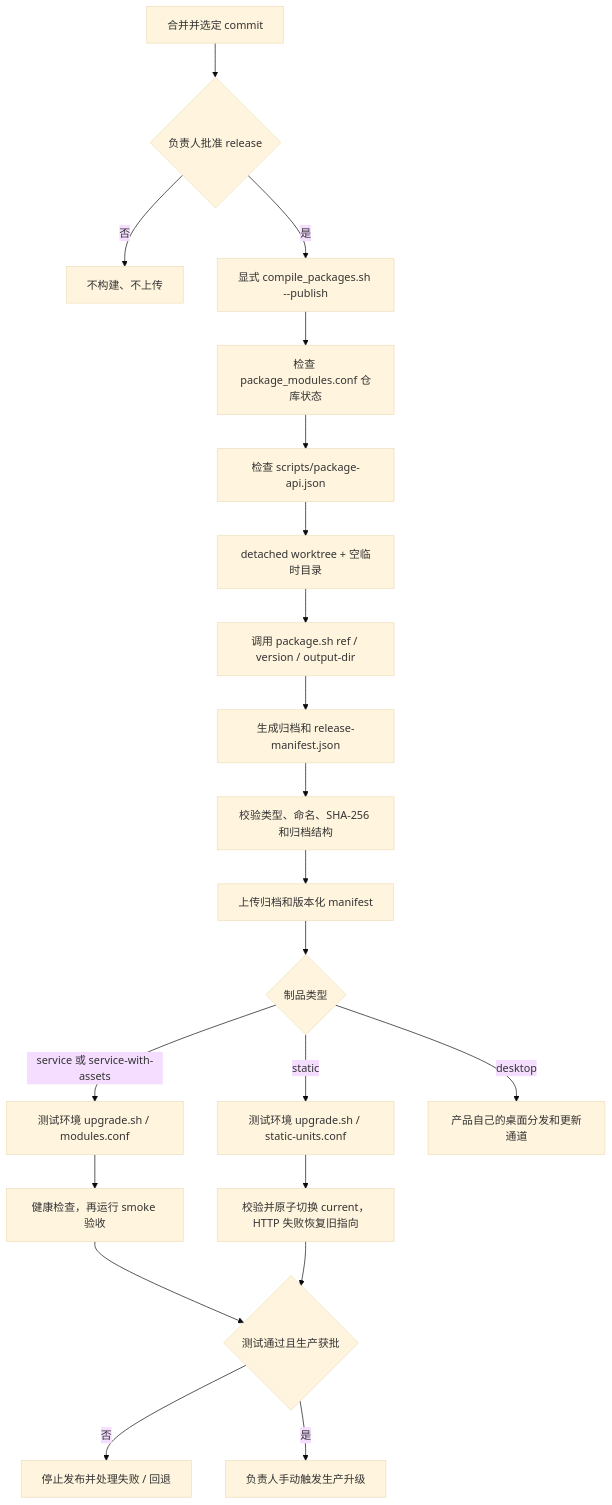
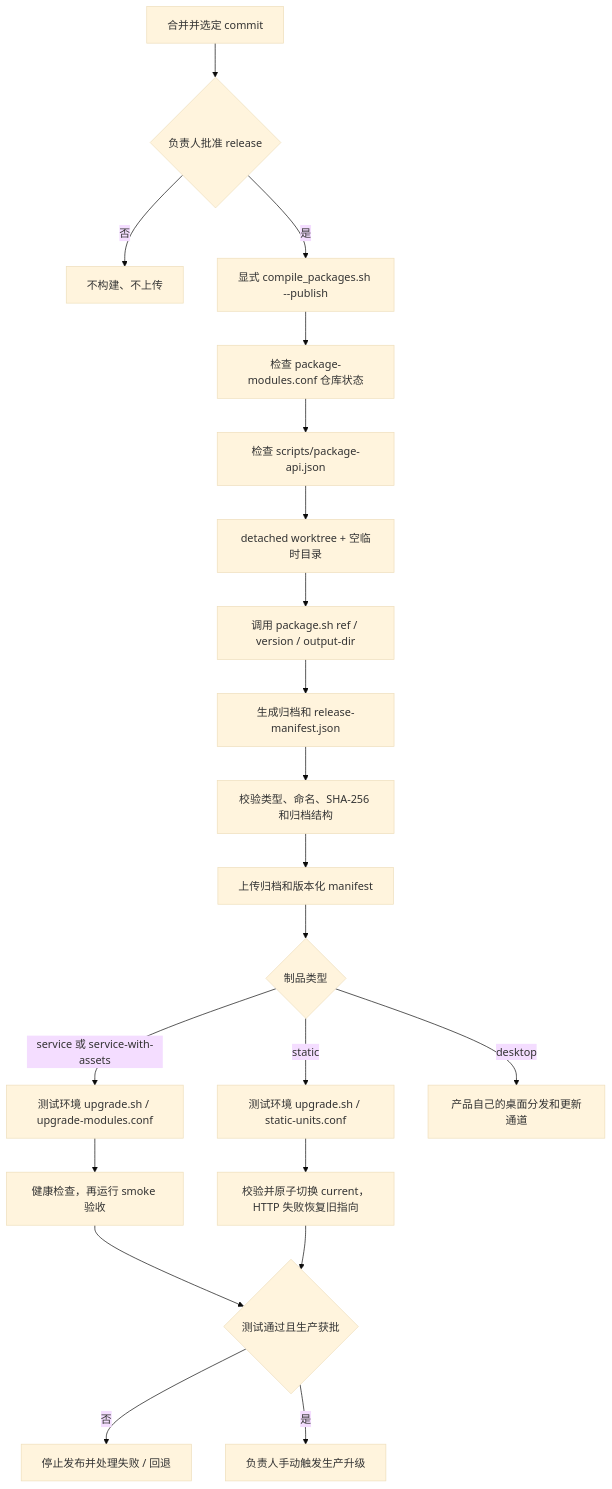
The diagram in specification/PACKAGING.md (yeying-community/deployer), drawn with Mermaid (base theme) before and after one commit. The commit also changed other lines of this file and 20 other files, not shown here.

````diff
--- a/specification/PACKAGING.md
+++ b/specification/PACKAGING.md
@@ -246,23 +246,23 @@
 ```mermaid
 flowchart TD
     A[合并并选定 commit] --> B{负责人批准 release}
     B -->|否| X[不构建、不上传]
     B -->|是| C[显式 compile_packages.sh --publish]
-    C --> D[检查 package_modules.conf 仓库状态]
+    C --> D[检查 package-modules.conf 仓库状态]
     D --> E[检查 scripts/package-api.json]
     E --> F[detached worktree + 空临时目录]
     F --> G[调用 package.sh ref / version / output-dir]
     G --> H[生成归档和 release-manifest.json]
     H --> I[校验类型、命名、SHA-256 和归档结构]
     I --> J[上传归档和版本化 manifest]
     J --> K{制品类型}
-    K -->|service 或 service-with-assets| L[测试环境 upgrade.sh / modules.conf]
+    K -->|service 或 service-with-assets| L[测试环境 upgrade.sh / upgrade-modules.conf]
     K -->|static| M[测试环境 upgrade.sh / static-units.conf]
     K -->|desktop| N[产品自己的桌面分发和更新通道]
     L --> O[健康检查，再运行 smoke 验收]
     M --> P[校验并原子切换 current，HTTP 失败恢复旧指向]
     O --> Q{测试通过且生产获批}
     P --> Q
     Q -->|否| R[停止发布并处理失败 / 回退]
     Q -->|是| S[负责人手动触发生产升级]
 ```
````
